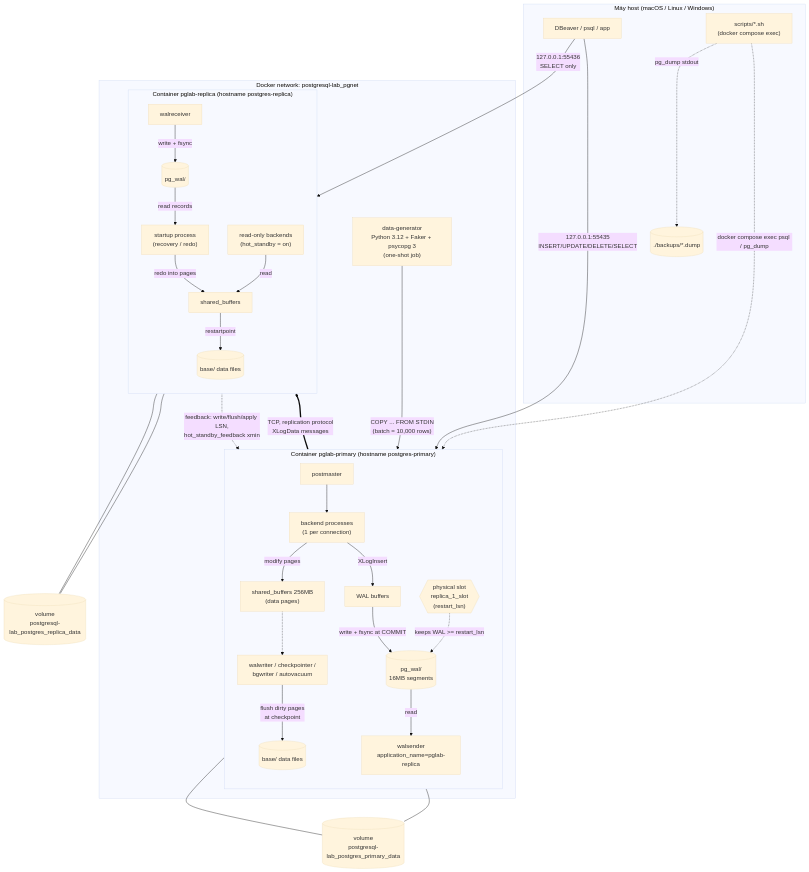
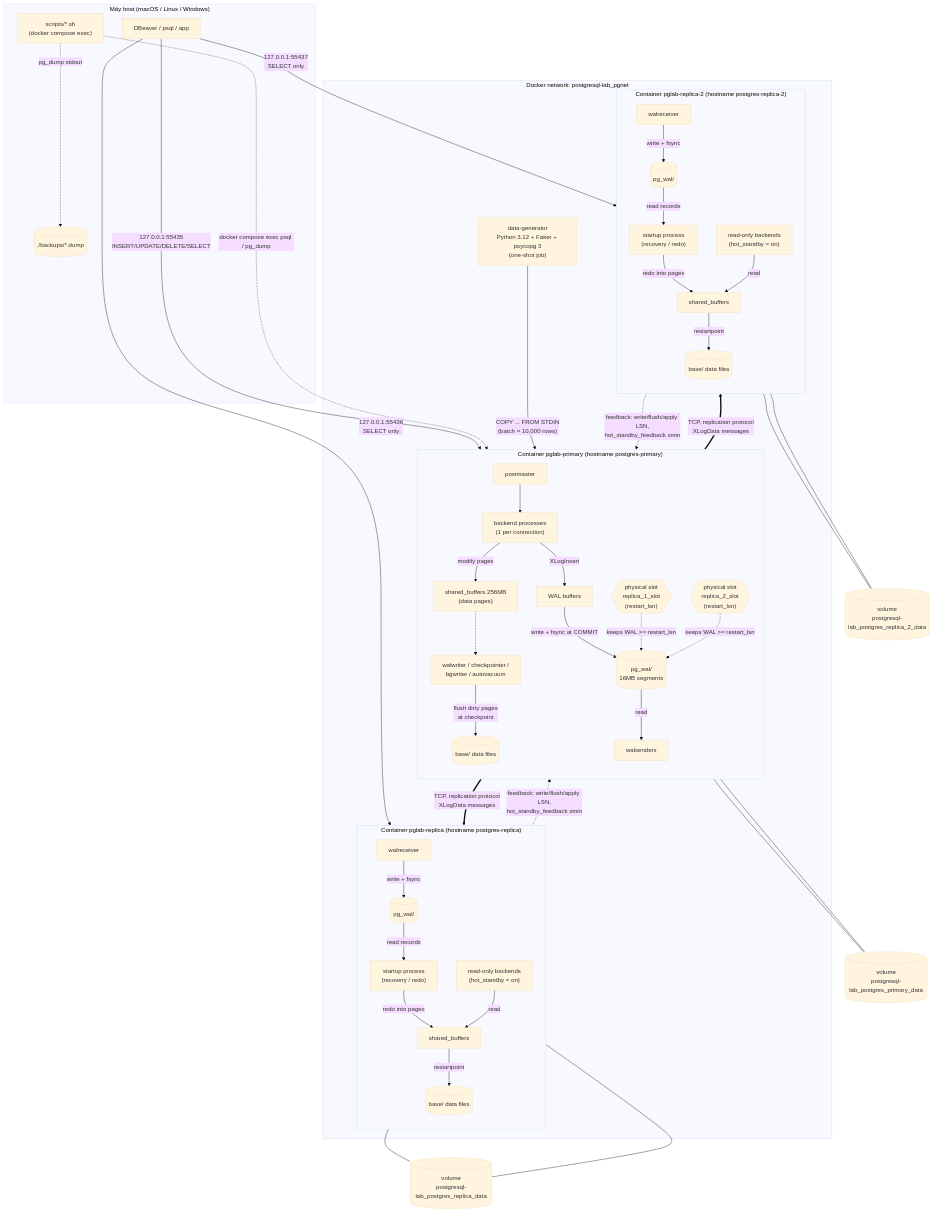
Before and after one commit to Huy-8bit/interview: the first of 3 diagrams in database/docs/architecture.md, drawn with Mermaid (base theme). The commit also changed other lines of this file and 9 other files, not shown here.

````diff
--- a/database/docs/architecture.md
+++ b/database/docs/architecture.md
@@ -20,8 +20,9 @@
             SB1["shared_buffers 256MB<br/>(data pages)"]
             WB1["WAL buffers"]
             WW["walwriter / checkpointer /<br/>bgwriter / autovacuum"]
-            WS["walsender<br/>application_name=pglab-replica"]
-            SLOT{{"physical slot<br/>replica_1_slot<br/>(restart_lsn)"}}
+            WS["walsenders"]
+            SLOT1{{"physical slot<br/>replica_1_slot<br/>(restart_lsn)"}}
+            SLOT2{{"physical slot<br/>replica_2_slot<br/>(restart_lsn)"}}
             WAL1[("pg_wal/<br/>16MB segments")]
             DATA1[("base/ data files")]
         end
@@ -35,13 +36,25 @@
             DATA2[("base/ data files")]
             BE2["read-only backends<br/>(hot_standby = on)"]
         end
+
+        subgraph REPLICA2["Container pglab-replica-2 (hostname postgres-replica-2)"]
+            direction TB
+            WR2["walreceiver"]
+            WAL3[("pg_wal/")]
+            SU2["startup process<br/>(recovery / redo)"]
+            SB3["shared_buffers"]
+            DATA3[("base/ data files")]
+            BE3["read-only backends<br/>(hot_standby = on)"]
+        end
     end
 
     V1[("volume<br/>postgresql-lab_postgres_primary_data")]
     V2[("volume<br/>postgresql-lab_postgres_replica_data")]
+    V3[("volume<br/>postgresql-lab_postgres_replica_2_data")]
 
     DBeaver -->|"127.0.0.1:55435<br/>INSERT/UPDATE/DELETE/SELECT"| PM1
     DBeaver -->|"127.0.0.1:55436<br/>SELECT only"| BE2
+    DBeaver -->|"127.0.0.1:55437<br/>SELECT only"| BE3
     Scripts -. "docker compose exec psql / pg_dump" .-> BE1
     Scripts -. "pg_dump stdout" .-> Backups
     Gen -->|"COPY ... FROM STDIN<br/>(batch = 10,000 rows)"| BE1
@@ -53,17 +66,27 @@
     WW -->|"flush dirty pages<br/>at checkpoint"| DATA1
     SB1 -.-> WW
     WAL1 -->|"read"| WS
-    SLOT -. "keeps WAL >= restart_lsn" .-> WAL1
+    SLOT1 -. "keeps WAL >= restart_lsn" .-> WAL1
+    SLOT2 -. "keeps WAL >= restart_lsn" .-> WAL1
     WS ==>|"TCP, replication protocol<br/>XLogData messages"| WR
+    WS ==>|"TCP, replication protocol<br/>XLogData messages"| WR2
     WR -. "feedback: write/flush/apply LSN,<br/>hot_standby_feedback xmin" .-> WS
     WR -->|"write + fsync"| WAL2
     WAL2 -->|"read records"| SU
     SU -->|"redo into pages"| SB2
     SB2 -->|"restartpoint"| DATA2
     BE2 -->|"read"| SB2
+    WR2 -. "feedback: write/flush/apply LSN,<br/>hot_standby_feedback xmin" .-> WS
+    WR2 -->|"write + fsync"| WAL3
+    WAL3 -->|"read records"| SU2
+    SU2 -->|"redo into pages"| SB3
+    SB3 -->|"restartpoint"| DATA3
+    BE3 -->|"read"| SB3
 
     DATA1 --- V1
     WAL1 --- V1
     DATA2 --- V2
     WAL2 --- V2
+    DATA3 --- V3
+    WAL3 --- V3
 ```
````
